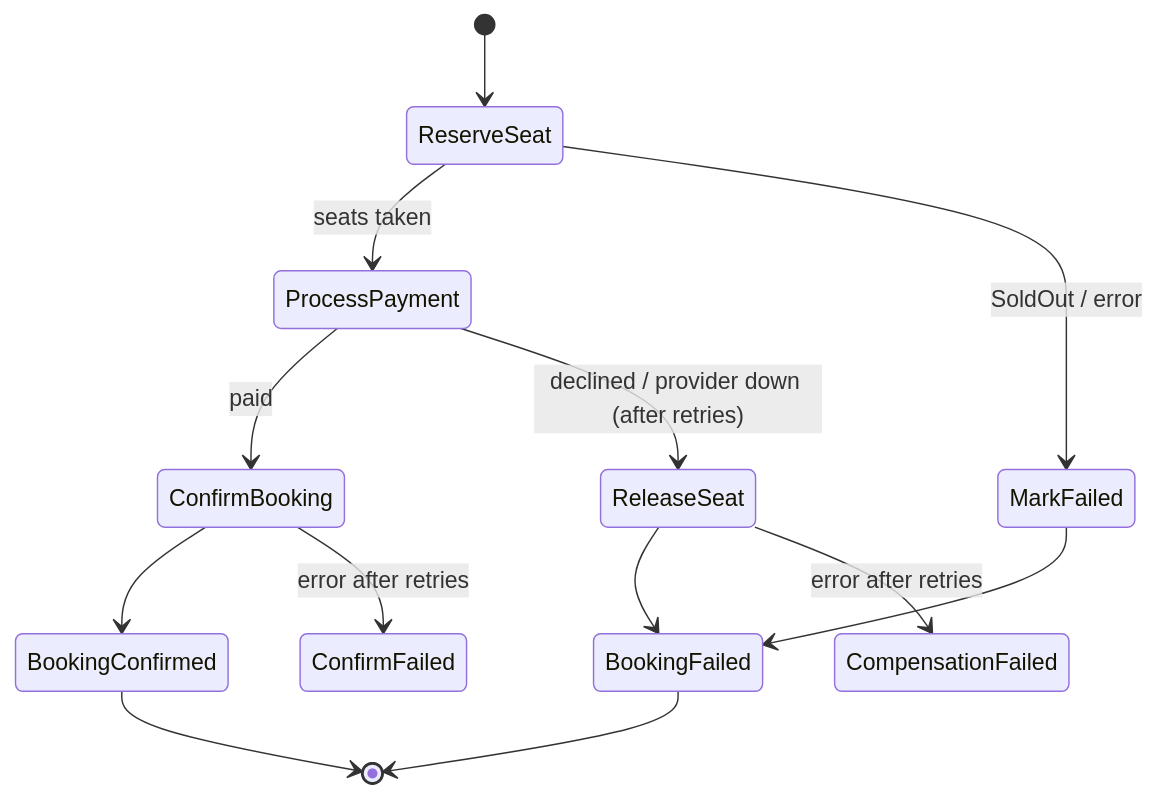
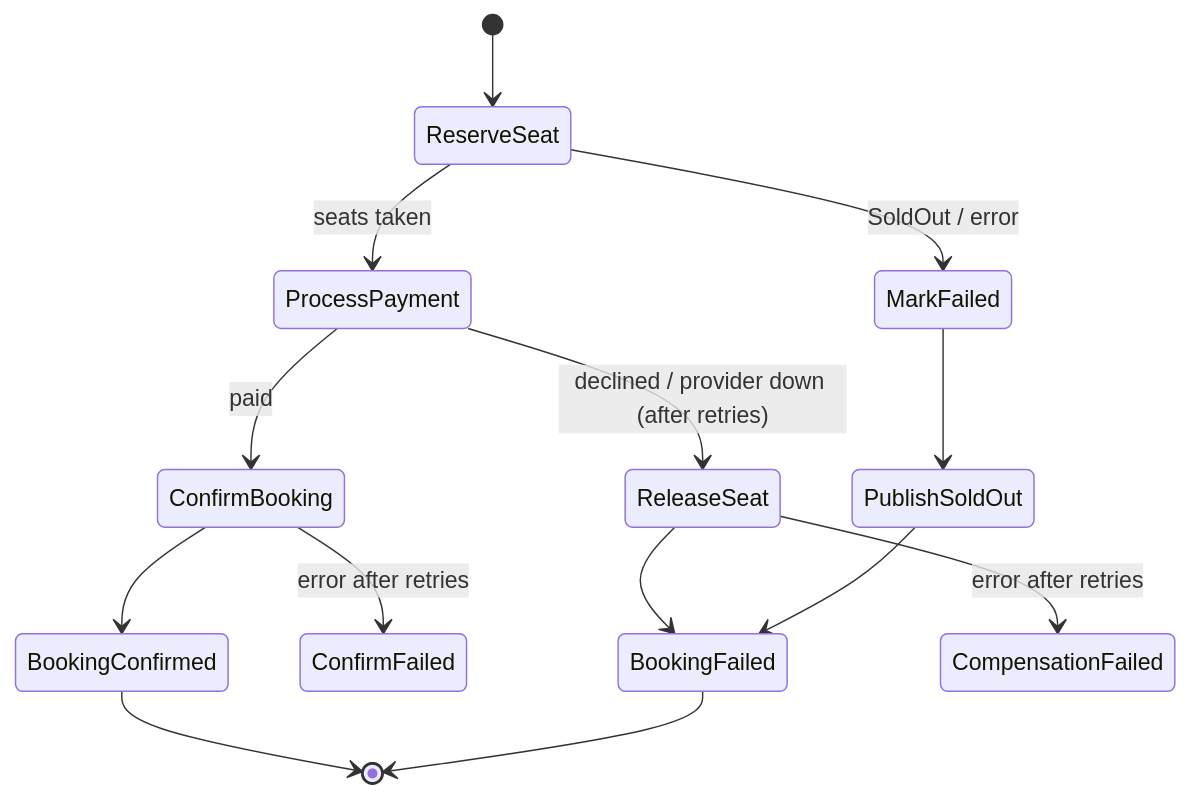
The diagram in infra/booking-state-machine.md (maheshnd/ticketlite), drawn with Mermaid before and after one commit. The commit also changed other lines of this file and 64 other files, not shown here.

````diff
--- a/infra/booking-state-machine.md
+++ b/infra/booking-state-machine.md
@@ -6,15 +6,16 @@
 ```mermaid
 stateDiagram-v2
   [*] --> ReserveSeat
   ReserveSeat --> ProcessPayment: seats taken
   ReserveSeat --> MarkFailed: SoldOut / error
   ProcessPayment --> ConfirmBooking: paid
   ProcessPayment --> ReleaseSeat: declined / provider down (after retries)
   ConfirmBooking --> BookingConfirmed
   ConfirmBooking --> ConfirmFailed: error after retries
   ReleaseSeat --> BookingFailed
   ReleaseSeat --> CompensationFailed: error after retries
-  MarkFailed --> BookingFailed
+  MarkFailed --> PublishSoldOut
+  PublishSoldOut --> BookingFailed
   BookingConfirmed --> [*]
   BookingFailed --> [*]
 ```
````
